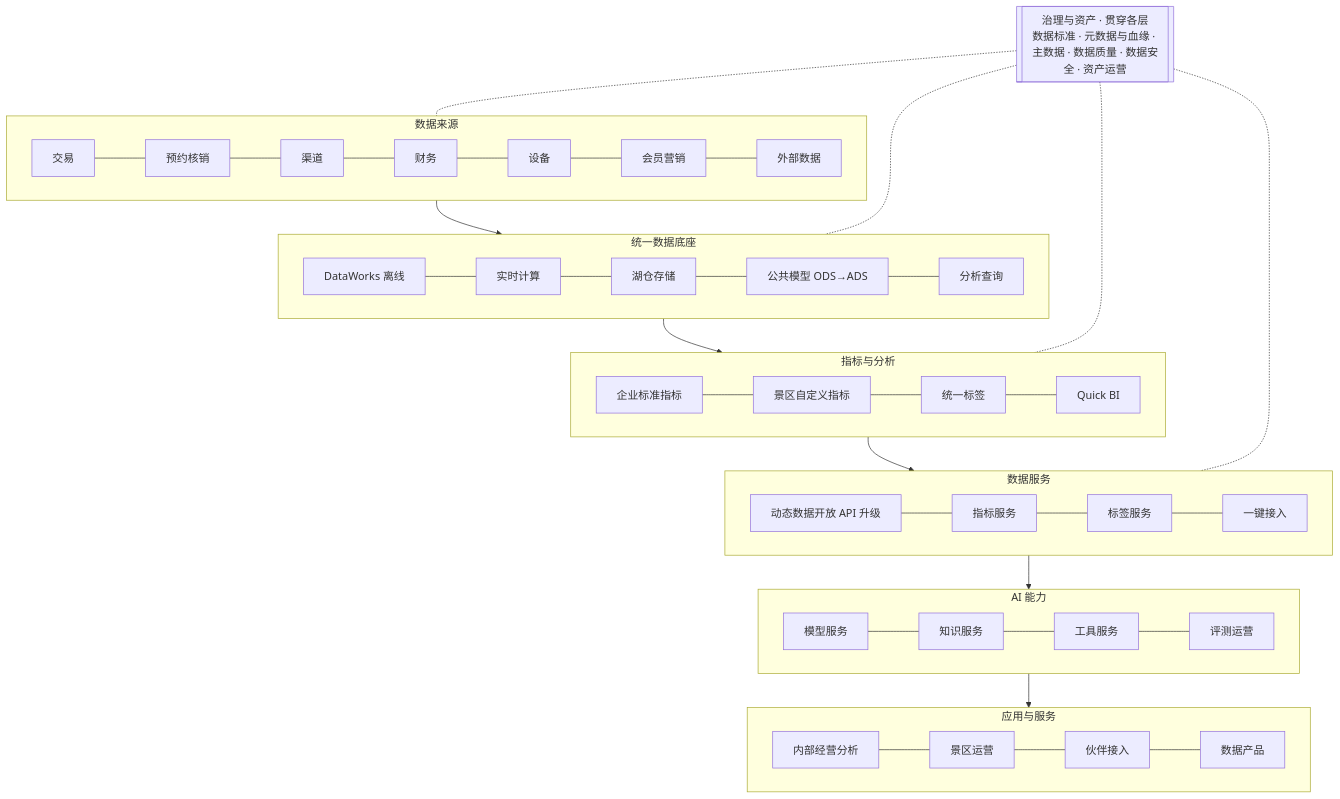
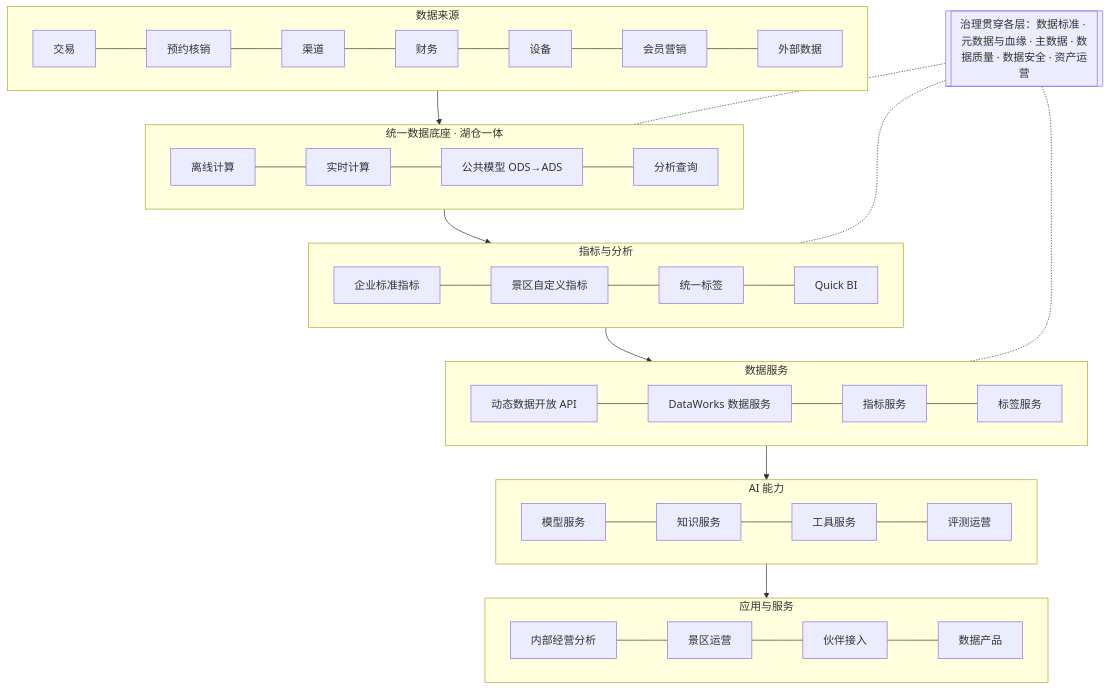
The third of 9 diagrams in AI＋数据平台建设汇报_正文.md (keanying/relevance), drawn with Mermaid before and after one commit. The commit also changed other lines of this file, not shown here.

First line of the commit message:
第一章精简：只保留说清问题的文字，架构图、流程图保留

````diff
--- a/AI＋数据平台建设汇报_正文.md
+++ b/AI＋数据平台建设汇报_正文.md
@@ -105,27 +66,26 @@
 ```mermaid
 flowchart TB
   subgraph L6[应用与服务]
     a1[内部经营分析] --- a2[景区运营] --- a3[伙伴接入] --- a4[数据产品]
   end
   subgraph L5[AI 能力]
     b1[模型服务] --- b2[知识服务] --- b3[工具服务] --- b4[评测运营]
   end
   subgraph L4[数据服务]
-    c1[动态数据开放 API 升级] --- c2[指标服务] --- c3[标签服务] --- c4[一键接入]
+    c1[动态数据开放 API] --- c2[DataWorks 数据服务] --- c3[指标服务] --- c4[标签服务]
   end
   subgraph L3[指标与分析]
     d1[企业标准指标] --- d2[景区自定义指标] --- d3[统一标签] --- d4[Quick BI]
   end
-  subgraph L2[统一数据底座]
-    e1[DataWorks 离线] --- e2[实时计算] --- e3[湖仓存储] --- e4[公共模型 ODS→ADS] --- e5[分析查询]
+  subgraph L2[统一数据底座 · 湖仓一体]
+    e1[离线计算] --- e2[实时计算] --- e3[公共模型 ODS→ADS] --- e4[分析查询]
   end
   subgraph L1[数据来源]
     f1[交易] --- f2[预约核销] --- f3[渠道] --- f4[财务] --- f5[设备] --- f6[会员营销] --- f7[外部数据]
   end
-  G[[治理与资产 · 贯穿各层<br/>数据标准 · 元数据与血缘 · 主数据 · 数据质量 · 数据安全 · 资产运营]]
+  G[[治理贯穿各层：数据标准 · 元数据与血缘 · 主数据 · 数据质量 · 数据安全 · 资产运营]]
   L1 --> L2 --> L3 --> L4 --> L5 --> L6
-  G -.- L1
   G -.- L2
   G -.- L3
   G -.- L4
 ```
````
